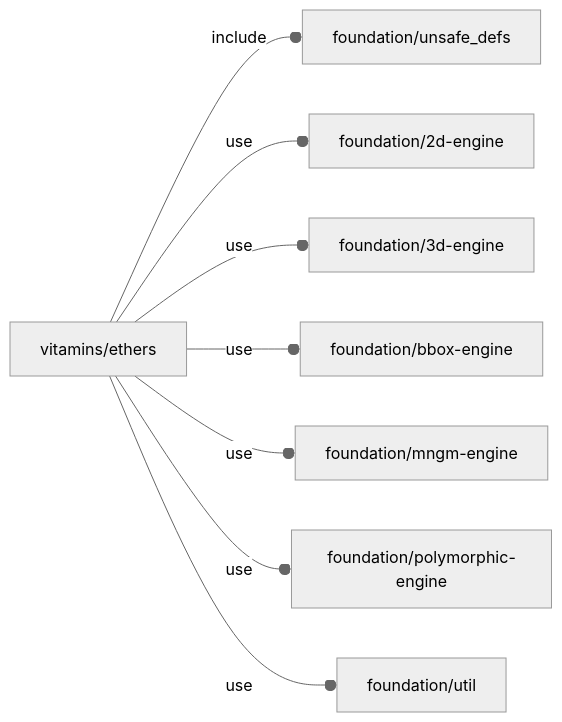
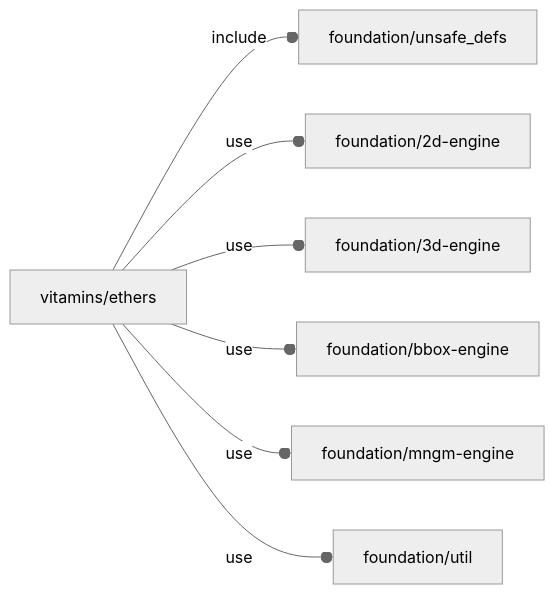
Before and after one commit to ggabbiani/OFL: the diagram in orthodocs/vitamins/ethers.md, drawn with Mermaid (neutral theme). The commit also changed 69 other files, not shown here.

````diff
--- a/orthodocs/vitamins/ethers.md
+++ b/orthodocs/vitamins/ethers.md
@@ -5,10 +5,9 @@
 ```mermaid
 graph LR
     A1[vitamins/ethers] --o|include| A2[foundation/unsafe_defs]
     A1 --o|use| A3[foundation/2d-engine]
     A1 --o|use| A4[foundation/3d-engine]
     A1 --o|use| A5[foundation/bbox-engine]
     A1 --o|use| A6[foundation/mngm-engine]
-    A1 --o|use| A7[foundation/polymorphic-engine]
-    A1 --o|use| A8[foundation/util]
+    A1 --o|use| A7[foundation/util]
 ```
````
